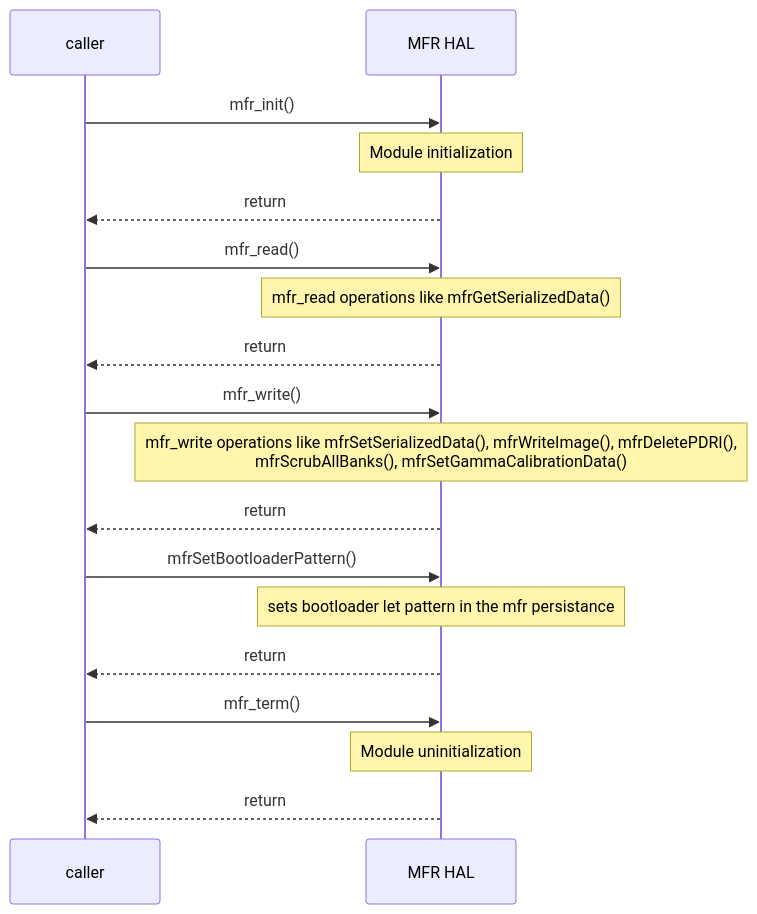
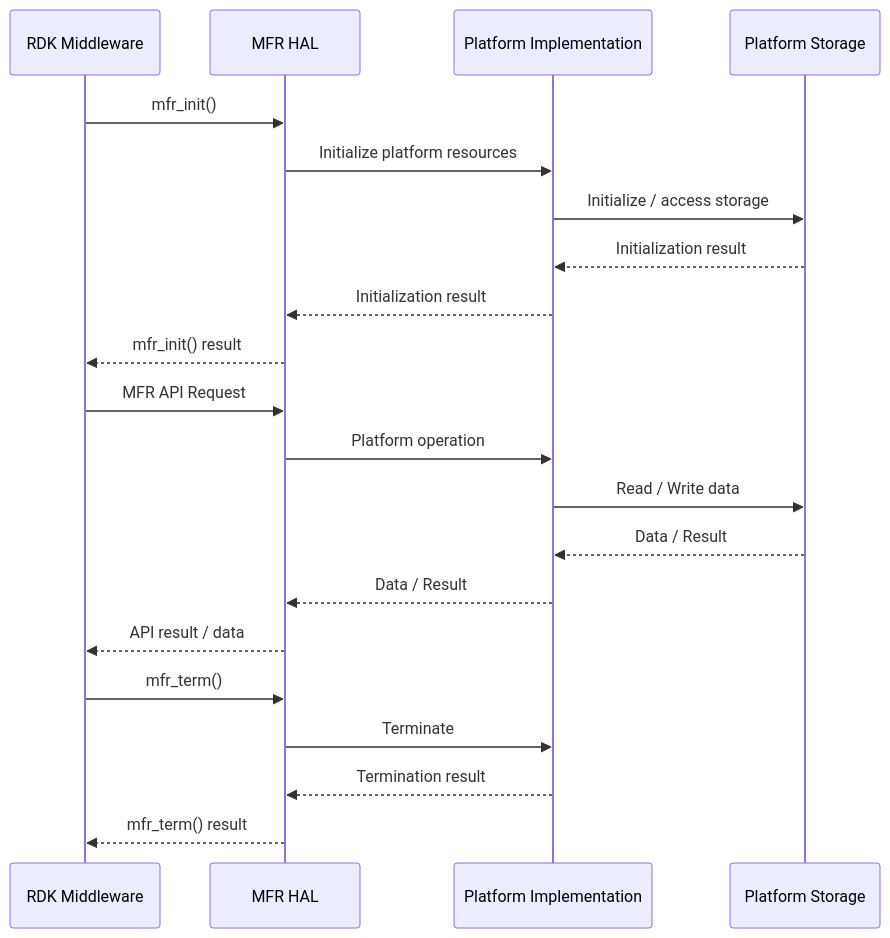
The fourth of 9 diagrams in docs/pages/mfr_HalSpec.md (rdkcentral/rdk-halif-mfr), drawn with Mermaid before and after one commit. The commit also changed other lines of this file, not shown here.

Commit message:
Update mfr_HalSpec.md as per review comments

````diff
--- a/docs/pages/mfr_HalSpec.md
+++ b/docs/pages/mfr_HalSpec.md
@@ -232,21 +339,26 @@
 ```mermaid
-%%{ init : { "theme" : "default", "flowchart" : { "curve" : "stepBefore" }}}%%
-   sequenceDiagram
-    participant caller as caller
+sequenceDiagram
+    participant Client as RDK Middleware
     participant HAL as MFR HAL
-    caller->>HAL:mfr_init()
-    Note over HAL: Module initialization
-    HAL-->>caller:return
-    caller->>HAL:mfr_read()
-    Note over HAL: mfr_read operations like mfrGetSerializedData()
-    HAL-->>caller:return
-    caller->>HAL:mfr_write()
-    Note over HAL: mfr_write operations like mfrSetSerializedData(), mfrWriteImage(), mfrDeletePDRI(),<br>mfrScrubAllBanks(), mfrSetGammaCalibrationData()
-    HAL-->>caller:return
-    caller->>HAL:mfrSetBootloaderPattern()
-    Note over HAL: sets bootloader let pattern in the mfr persistance
-    HAL-->>caller:return
-    caller->>HAL:mfr_term()
-    Note over HAL: Module uninitialization
-    HAL-->>caller:return
- ```
+    participant Platform as Platform Implementation
+    participant Storage as Platform Storage
+
+    Client->>HAL: mfr_init()
+    HAL->>Platform: Initialize platform resources
+    Platform->>Storage: Initialize / access storage
+    Storage-->>Platform: Initialization result
+    Platform-->>HAL: Initialization result
+    HAL-->>Client: mfr_init() result
+
+    Client->>HAL: MFR API Request
+    HAL->>Platform: Platform operation
+    Platform->>Storage: Read / Write data
+    Storage-->>Platform: Data / Result
+    Platform-->>HAL: Data / Result
+    HAL-->>Client: API result / data
+
+    Client->>HAL: mfr_term()
+    HAL->>Platform: Terminate
+    Platform-->>HAL: Termination result
+    HAL-->>Client: mfr_term() result
+```
````
